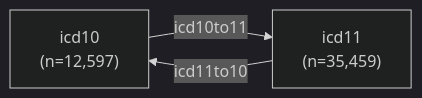
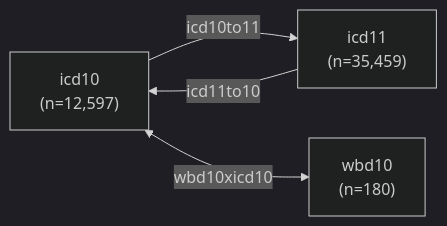
Before and after one commit to cghr-toronto/icd: the diagram in data/README.md, drawn with Mermaid (dark theme). The commit also changed other lines of this file, not shown here.

````diff
--- a/data/README.md
+++ b/data/README.md
@@ -10,6 +10,11 @@
 ```mermaid
 flowchart LR;
 
-icd10["icd10<br>(n=12,597)"] --> |icd10to11| icd11["icd11<br>(n=35,459)"];
-icd11 --> |icd11to10| icd10;
+wbd10["wbd10<br>(n=180)"]
+icd10["icd10<br>(n=12,597)"]
+icd11["icd11<br>(n=35,459)"]
+
+icd10 --> |icd10to11| icd11
+icd11 --> |icd11to10| icd10
+icd10 <--> |wbd10xicd10| wbd10
 ```
````
